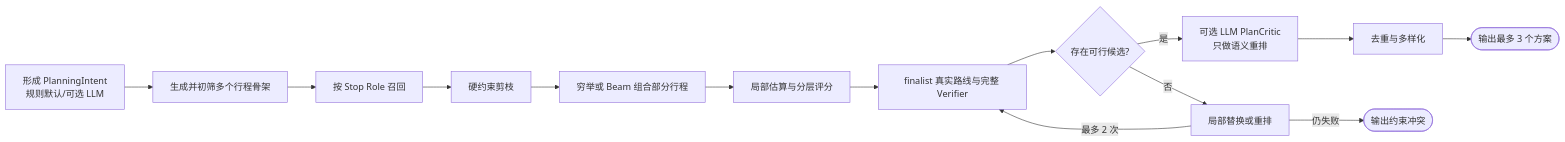
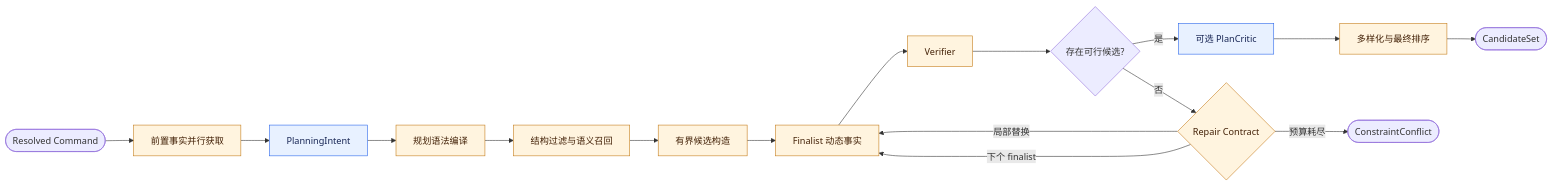
The second of 4 diagrams in docs/canonical/architecture_v2.md (Weekend-Agent-Studio/happyFreeTime), drawn with Mermaid before and after one commit. The commit also changed other lines of this file and 8 other files, not shown here.

Commit message:
docs: define constrained agent graph evolution

````diff
--- a/docs/canonical/architecture_v2.md
+++ b/docs/canonical/architecture_v2.md
@@ -163,17 +256,24 @@
 ```mermaid
-graph LR
+flowchart LR
 
-    intent[形成 PlanningIntent<br/>规则默认/可选 LLM] --> policy[生成并初筛多个行程骨架]
-    policy --> retrieve[按 Stop Role 召回]
-    retrieve --> prune[硬约束剪枝]
-    prune --> combine[穷举或 Beam 组合部分行程]
-    combine --> score[局部估算与分层评分]
-    score --> verify[finalist 真实路线与完整 Verifier]
+    command([Resolved Command]) --> prefetch[前置事实并行获取]
+    prefetch --> intent[PlanningIntent]
+    intent --> compile[规划语法编译]
+    compile --> retrieve[结构过滤与语义召回]
+    retrieve --> combine[有界候选构造]
+    combine --> finalist[Finalist 动态事实]
+    finalist --> verify[Verifier]
     verify --> feasible{存在可行候选?}
-    feasible -->|是| critic[可选 LLM PlanCritic<br/>只做语义重排]
-    critic --> diversify[去重与多样化]
-    diversify --> plans([输出最多 3 个方案])
-    feasible -->|否| replan[局部替换或重排]
-    replan -->|最多 2 次| verify
-    replan -->|仍失败| conflict([输出约束冲突])
+    feasible -->|是| critic[可选 PlanCritic]
+    critic --> diversify[多样化与最终排序]
+    diversify --> plans([CandidateSet])
+    feasible -->|否| repair{Repair Contract}
+    repair -->|局部替换| finalist
+    repair -->|下个 finalist| finalist
+    repair -->|预算耗尽| conflict([ConstraintConflict])
+
+    classDef model fill:#e8f1ff,stroke:#2563eb,color:#172554
+    classDef harness fill:#fff4df,stroke:#c47b17,color:#422006
+    class intent,critic model
+    class prefetch,compile,retrieve,combine,finalist,verify,repair,diversify harness
 ```
````
